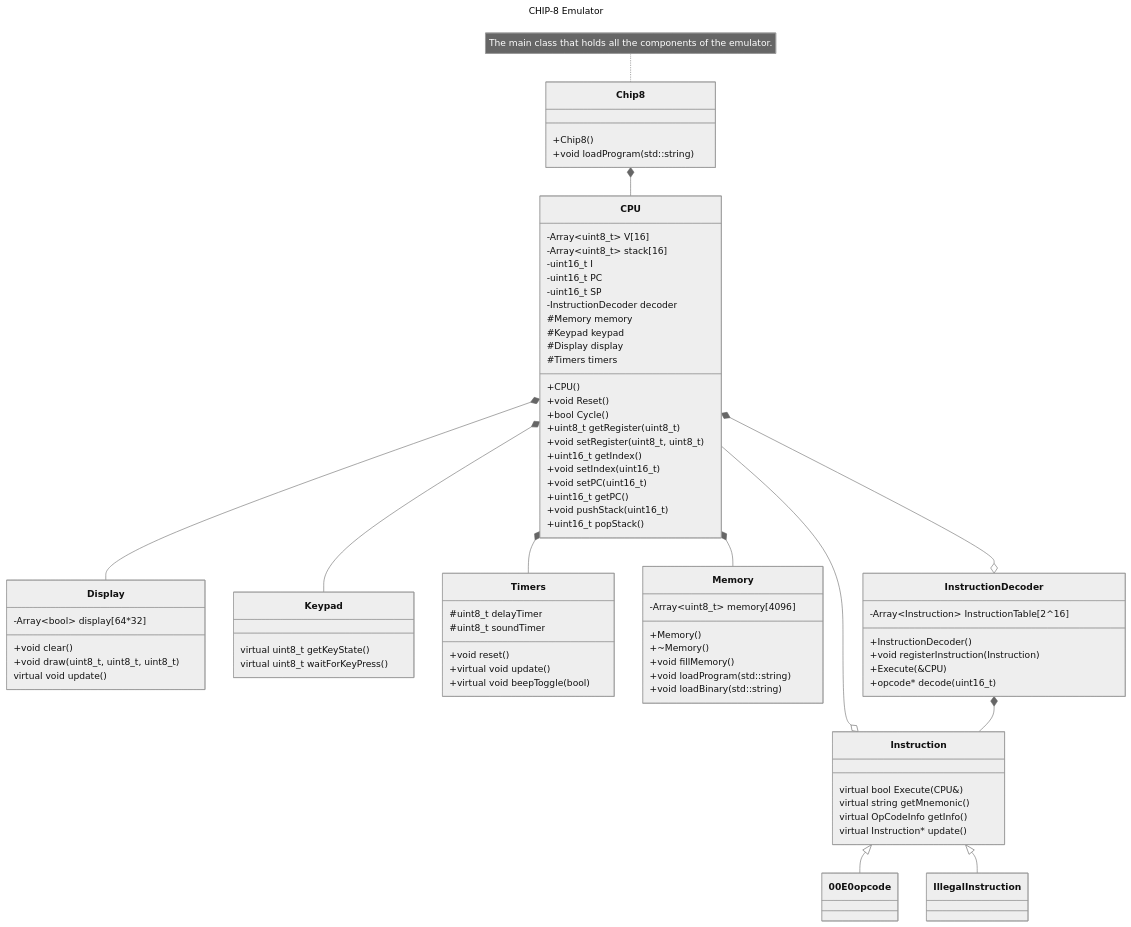
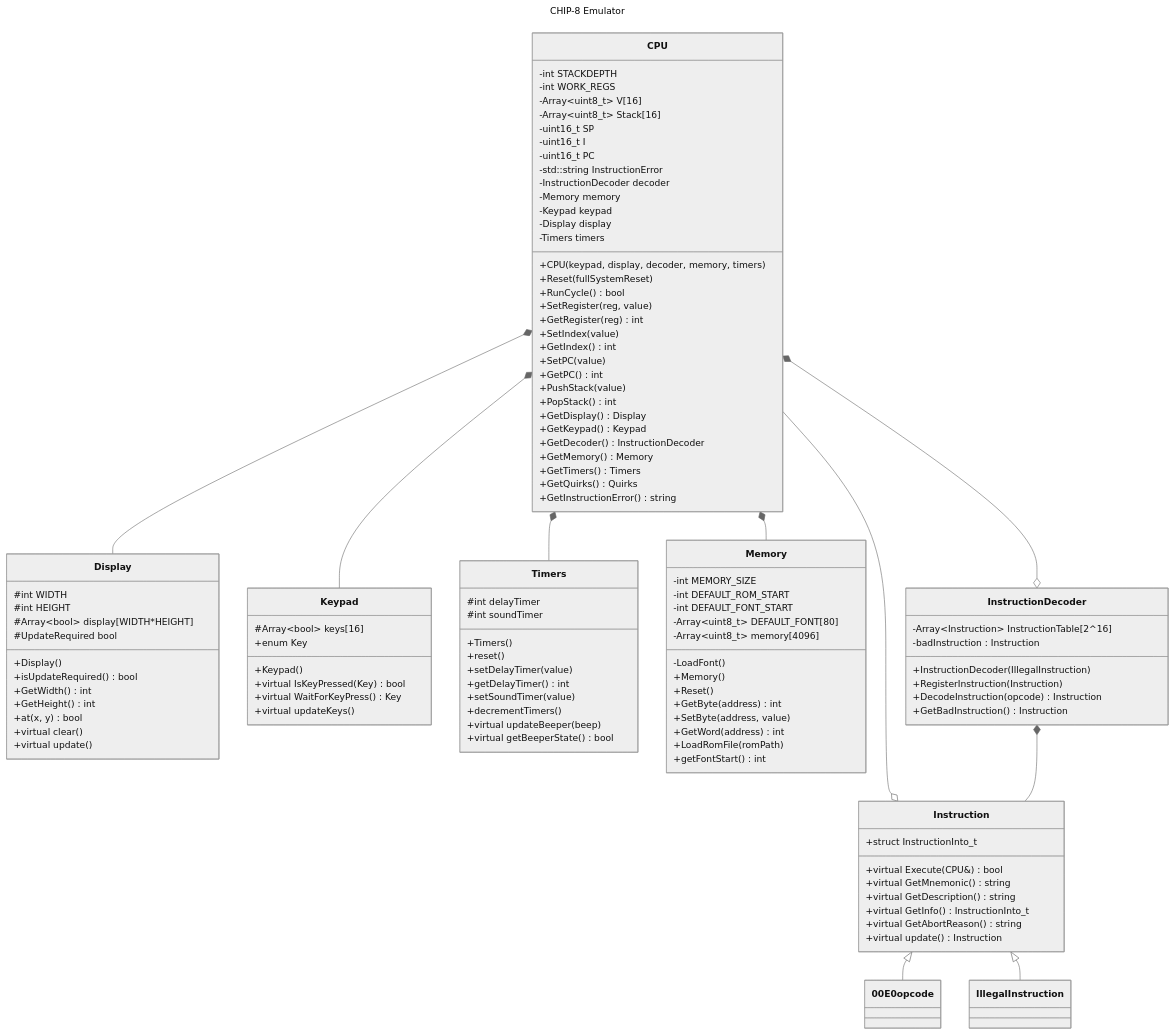
Before and after one commit to gfcwfzkm/chip8-: the diagram in libraries/chip8++/README.md, drawn with Mermaid (neutral theme). The commit also changed other lines of this file and 46 other files, not shown here.

````diff
--- a/libraries/chip8++/README.md
+++ b/libraries/chip8++/README.md
@@ -7,12 +5,8 @@
 title: CHIP-8 Emulator
 ---
 classDiagram
-
-    note for Chip8 "The main class that holds all the components of the emulator."
     
-	Chip8 *-- CPU
-
-    CPU *-- Display
+	CPU *-- Display
     CPU *-- Keypad
     CPU *-- Timers
     CPU *-- Memory
@@ -25,24 +19,23 @@
     
     InstructionDecoder *-- Instruction
 
-    class Chip8 {
-        +Chip8()
-        +void loadProgram(std::string)
-    }
-
     class InstructionDecoder {
 		-Array~Instruction~ InstructionTable[2^16]
-		+InstructionDecoder()
-		+void registerInstruction(Instruction)
-        +Execute(&CPU)
-        +opcode* decode(uint16_t)
+		-badInstruction : Instruction
+		+InstructionDecoder(IllegalInstruction)
+		+RegisterInstruction(Instruction)
+        +DecodeInstruction(opcode) Instruction
+		+GetBadInstruction() Instruction
     }
 
     class Instruction{
-        virtual bool Execute(CPU&)
-        virtual string getMnemonic()
-		virtual OpCodeInfo getInfo()
-		virtual Instruction* update()
+		+struct InstructionInto_t
+        +virtual Execute(CPU&) bool
+        +virtual GetMnemonic() string
+		+virtual GetDescription() string
+		+virtual GetInfo() InstructionInto_t
+		+virtual GetAbortReason() string
+		+virtual update() Instruction
     }
 
 	class IllegalInstruction{
@@ -52,57 +45,88 @@
     }
 
     class CPU{
-        -Array~uint8_t~ V[16]
-        -Array~uint8_t~ stack[16]
+		-int STACKDEPTH
+		-int WORK_REGS
+		-Array~uint8_t~ V[16]
+        -Array~uint8_t~ Stack[16]
+        -uint16_t SP
         -uint16_t I
         -uint16_t PC
-        -uint16_t SP
+		-std::string InstructionError
 		-InstructionDecoder decoder
-		#Memory memory
-		#Keypad keypad
-		#Display display
-		#Timers timers
-		+CPU()
-		+void Reset()
-		+bool Cycle()
-		+uint8_t getRegister(uint8_t)
-		+void setRegister(uint8_t, uint8_t)
-		+uint16_t getIndex()
-		+void setIndex(uint16_t)
-		+void setPC(uint16_t)
-		+uint16_t getPC()
-		+void pushStack(uint16_t)
-		+uint16_t popStack()
+		-Memory memory
+		-Keypad keypad
+		-Display display
+		-Timers timers
+		+CPU(keypad, display, decoder, memory, timers)
+		+Reset(fullSystemReset)
+		+RunCycle() bool
+		+SetRegister(reg, value)
+		+GetRegister(reg) int
+		+SetIndex(value)
+		+GetIndex() int
+		+SetPC(value)
+		+GetPC() int
+		+PushStack(value)
+		+PopStack() int
+		+GetDisplay() Display
+		+GetKeypad() Keypad
+		+GetDecoder() InstructionDecoder
+		+GetMemory() Memory
+		+GetTimers() Timers
+		+GetQuirks() Quirks
+		+GetInstructionError() string
     }
 
 	class Memory {
+		-int MEMORY_SIZE
+		-int DEFAULT_ROM_START
+		-int DEFAULT_FONT_START
+		-Array~uint8_t~ DEFAULT_FONT[80]
 		-Array~uint8_t~ memory[4096]
+		-LoadFont()
 		+Memory()
-		+~Memory()
-		+void fillMemory()
-		+void loadProgram(std::string)
-		+void loadBinary(std::string)
-
+		+Reset()
+		+GetByte(address) int
+		+SetByte(address, value)
+		+GetWord(address) int
+		+LoadRomFile(romPath)
+		+getFontStart() int
 	}
     
     class Keypad {        
-        virtual uint8_t getKeyState()
-        virtual uint8_t waitForKeyPress()
+		#Array~bool~ keys[16]
+		+enum Key
+		+Keypad()
+        +virtual IsKeyPressed(Key) bool
+        +virtual WaitForKeyPress() Key
+		+virtual updateKeys()
     }
 
     class Display {
-        -Array~bool~ display[64*32]
-        +void clear()
-        +void draw(uint8_t, uint8_t, uint8_t)
-        virtual void update()
+		#int WIDTH
+		#int HEIGHT
+        #Array~bool~ display[WIDTH*HEIGHT]
+		#UpdateRequired bool
+		+Display()
+		+isUpdateRequired() bool
+        +GetWidth() int
+		+GetHeight() int
+		+at(x, y) bool
+		+virtual clear()
+        +virtual update()
     }
 
     class Timers {
-        #uint8_t delayTimer
-        #uint8_t soundTimer
-
-        +void reset()
-        +virtual void update()
-        +virtual void beepToggle(bool)
+        #int delayTimer
+        #int soundTimer
+		+Timers()
+        +reset()
+		+setDelayTimer(value)
+		+getDelayTimer() int
+		+setSoundTimer(value)
+		+decrementTimers()
+		+virtual updateBeeper(beep) 
+		+virtual getBeeperState() bool
     }
 ```
````
